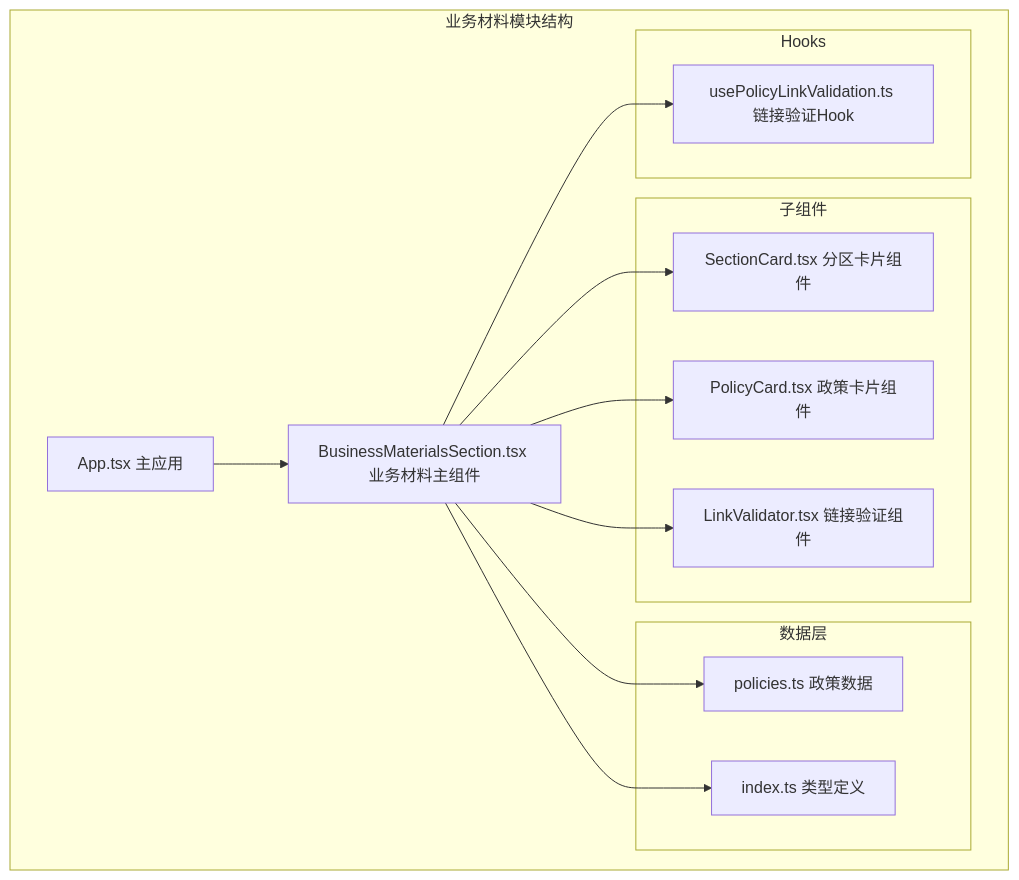
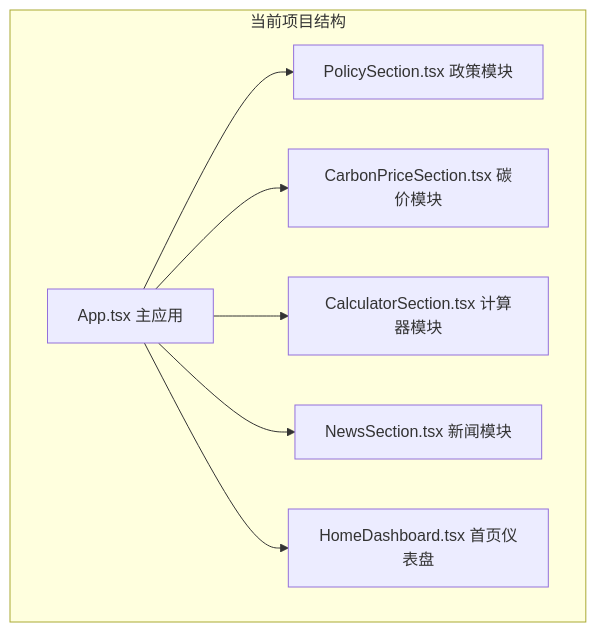
The first of 4 diagrams in .qoder/repowiki/zh/content/功能模块/业务材料模块.md (liangxuanliang-cmd/carbon-info-agent), drawn with Mermaid before and after one commit. The commit also changed other lines of this file and 21 other files, not shown here.

````diff
--- a/.qoder/repowiki/zh/content/功能模块/业务材料模块.md
+++ b/.qoder/repowiki/zh/content/功能模块/业务材料模块.md
@@ -46,26 +43,16 @@
 ```mermaid
 graph TB
-subgraph "业务材料模块结构"
+subgraph "当前项目结构"
 App[App.tsx 主应用]
-BM[BusinessMaterialsSection.tsx 业务材料主组件]
-subgraph "子组件"
-SC[SectionCard.tsx 分区卡片组件]
-PC[PolicyCard.tsx 政策卡片组件]
-LV[LinkValidator.tsx 链接验证组件]
+PS[PolicySection.tsx 政策模块]
+CS[CarbonPriceSection.tsx 碳价模块]
+CAL[CalculatorSection.tsx 计算器模块]
+NS[NewsSection.tsx 新闻模块]
+HD[HomeDashboard.tsx 首页仪表盘]
 end
-subgraph "数据层"
-PD[policies.ts 政策数据]
-TY[index.ts 类型定义]
-end
-subgraph "Hooks"
-UV[usePolicyLinkValidation.ts 链接验证Hook]
-end
-end
-App --> BM
-BM --> SC
-BM --> PC
-BM --> LV
-BM --> PD
-BM --> TY
-BM --> UV
+App --> PS
+App --> CS
+App --> CAL
+App --> NS
+App --> HD
 ```
````
